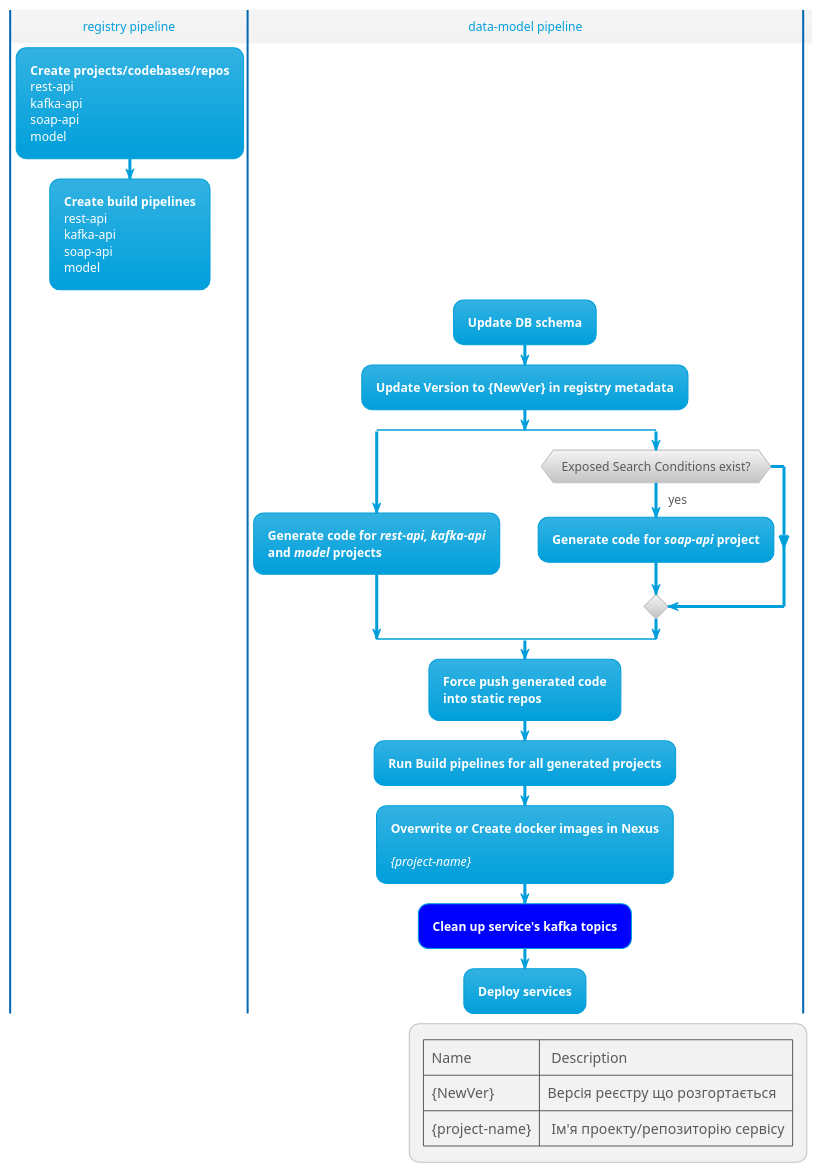
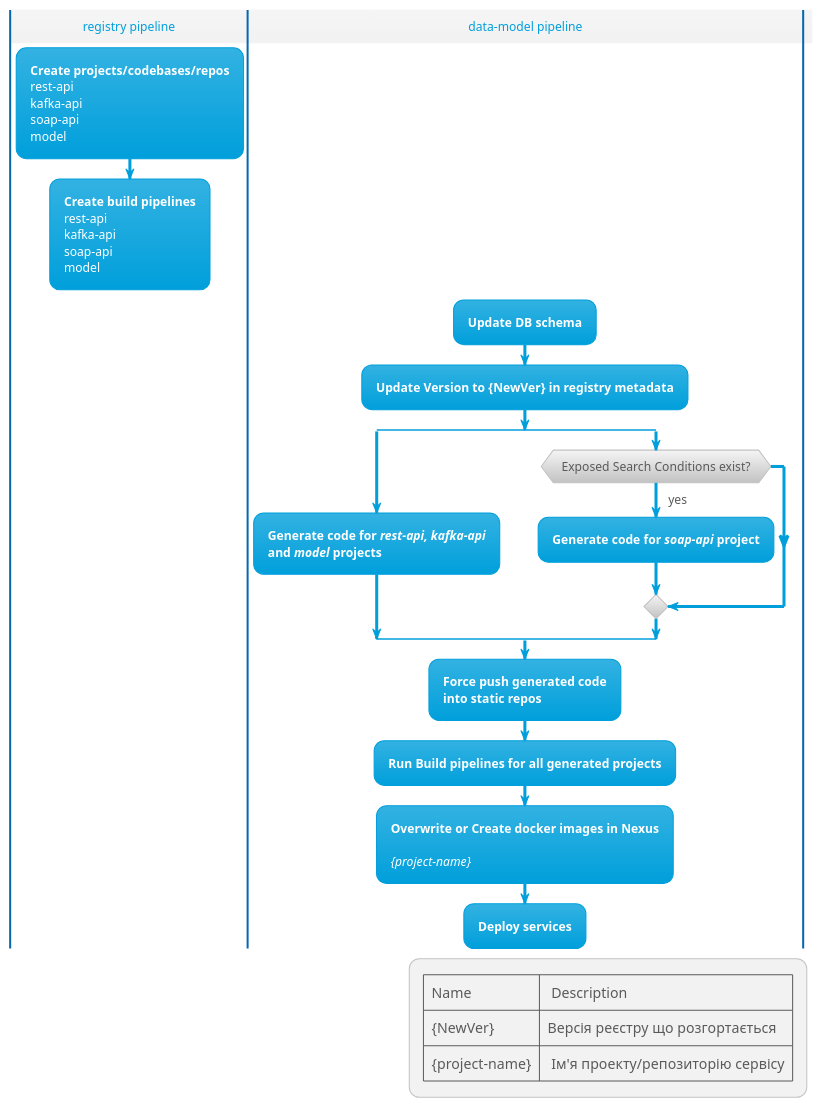
The diagram in modules/arch/partials/architecture-workspace/platform-evolution/data-api-versioning-decommission/data-model-pipeline-target.puml (epam/edp-ddm-architecture), drawn with PlantUML before and after one commit. The commit also changed 1 other file, not shown here.

Commit message:
[EDP-DDM-22549] api versioning. no kafka

```diff
--- a/modules/arch/partials/architecture-workspace/platform-evolution/data-api-versioning-decommission/data-model-pipeline-target.puml
+++ b/modules/arch/partials/architecture-workspace/platform-evolution/data-api-versioning-decommission/data-model-pipeline-target.puml
@@ -1,41 +1,41 @@
 @startuml
 !theme bluegray
 |registry pipeline|
 :**Create projects/codebases/repos**
 rest-api
 kafka-api
 soap-api
 model;
 :**Create build pipelines**
 rest-api
 kafka-api
 soap-api
 model;
 kill
 |data-model pipeline|
 
 :**Update DB schema**;
 :**Update Version to {NewVer} in registry metadata**;
 split
 :**Generate code for //rest-api, kafka-api//**
 **and //model// projects**;
 split again
   if (Exposed Search Conditions exist?) then (yes)
     :**Generate code for //soap-api// project**;
   endif
 end split;
 :**Force push generated code**
 **into static repos**;
 :**Run Build pipelines for all generated projects**;
 :**Overwrite or Create docker images in Nexus**
 
 //{project-name}//;
-#blue:**Clean up service's kafka topics**;
+'#blue:**Clean up service's kafka topics**;
 :**Deploy services**;
 
 legend right
     |Name| Description |
     |{NewVer}|Версія реєстру що розгортається|
     |{project-name}| Ім'я проекту/репозиторію сервісу|
 endlegend
 @enduml
```
